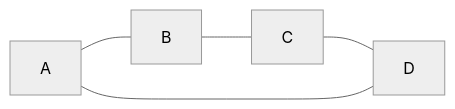
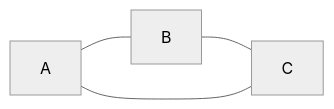
One commit to zerohyunkim/polycube-tech-assessment changed the first of 3 diagrams in README.md. Above: the diagram before and after it, drawn with Mermaid (neutral theme). The commit also changed other lines of this file and 4 other files, not shown here.

````diff
--- a/README.md
+++ b/README.md
@@ -59,7 +25,6 @@
 ```mermaid
 graph LR
   A --- B
   B --- C
-  C --- D
-  D --- A
+  C --- A
 ```
````
